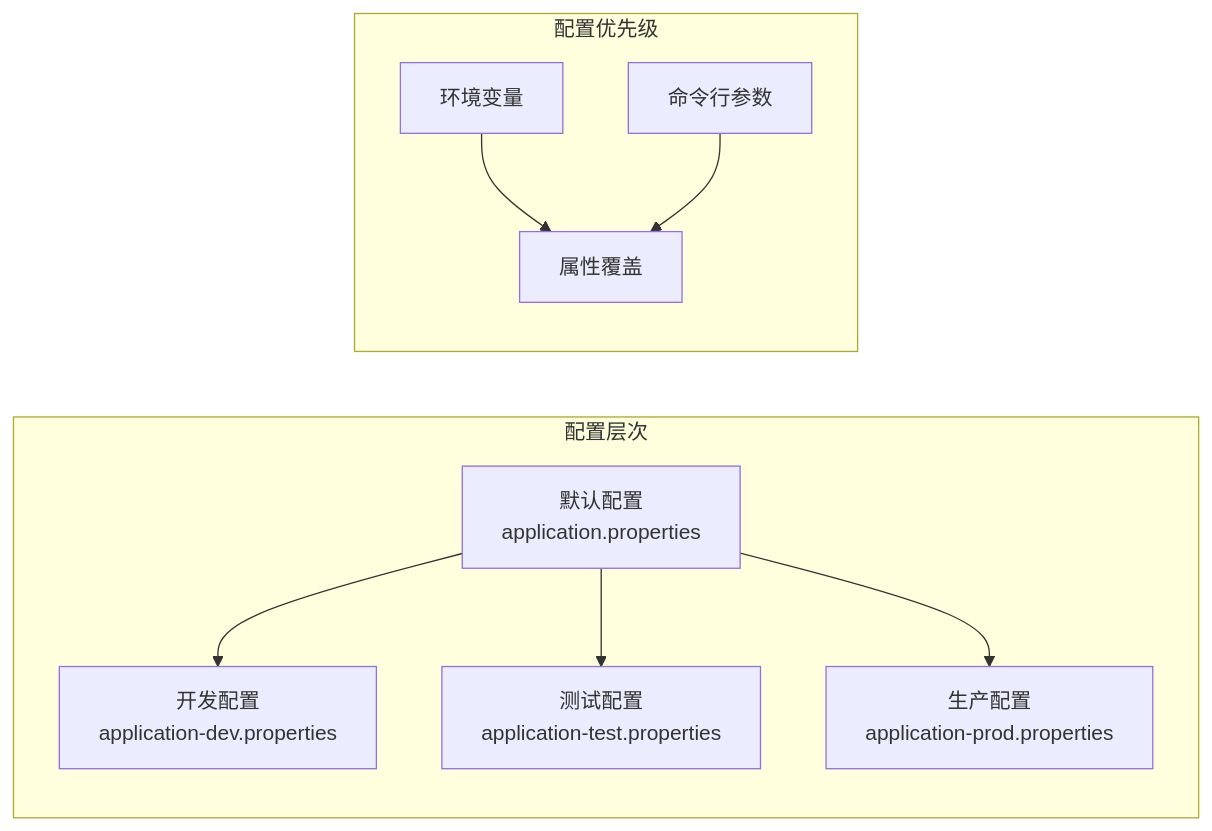
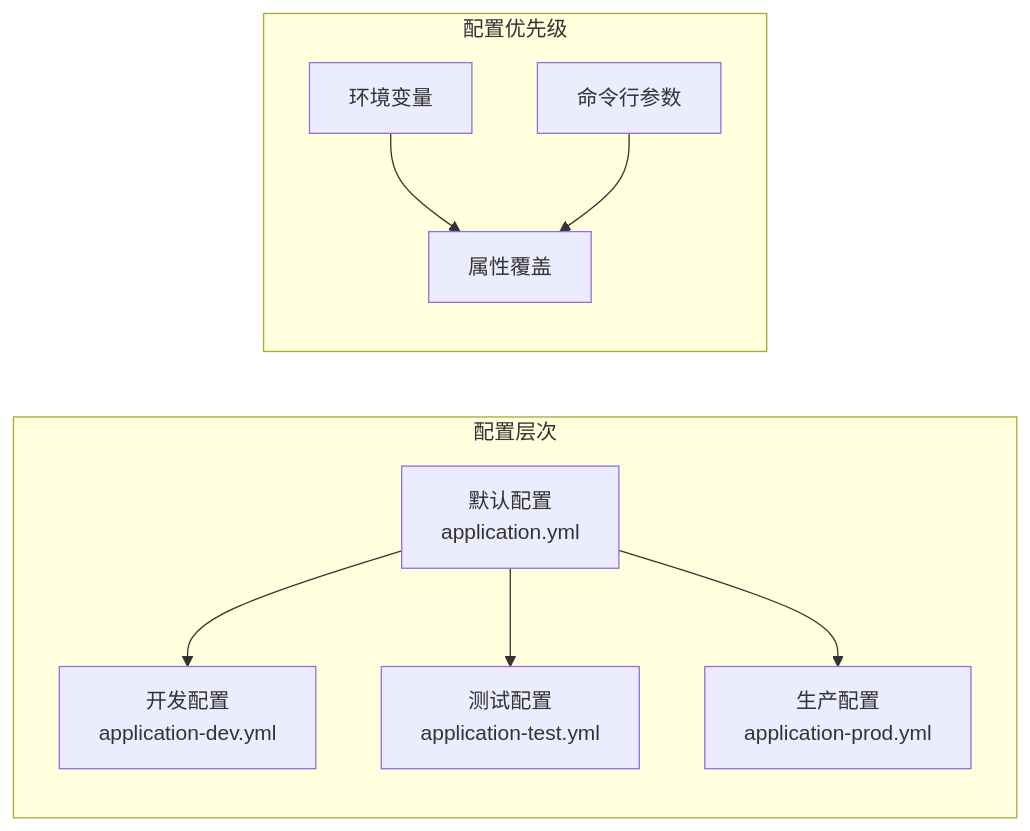
One commit to gree-coder/fund-butler changed the fourth of 5 diagrams in .qoder/repowiki/zh/content/部署指南.md. Above: the diagram before and after it, drawn with Mermaid. The commit also changed other lines of this file and 10 other files, not shown here.

````diff
--- a/.qoder/repowiki/zh/content/部署指南.md
+++ b/.qoder/repowiki/zh/content/部署指南.md
@@ -561,19 +602,19 @@
 ```mermaid
 graph LR
 subgraph "配置层次"
-Default[默认配置<br/>application.properties]
-Dev[开发配置<br/>application-dev.properties]
-Test[测试配置<br/>application-test.properties]
-Prod[生产配置<br/>application-prod.properties]
+Default[默认配置<br/>application.yml]
+Dev[开发配置<br/>application-dev.yml]
+Test[测试配置<br/>application-test.yml]
+Prod[生产配置<br/>application-prod.yml]
 end
 subgraph "配置优先级"
 Override[属性覆盖]
 Env[环境变量]
 Command[命令行参数]
 end
 Default --> Dev
 Default --> Test
 Default --> Prod
 Env --> Override
 Command --> Override
 ```
````
